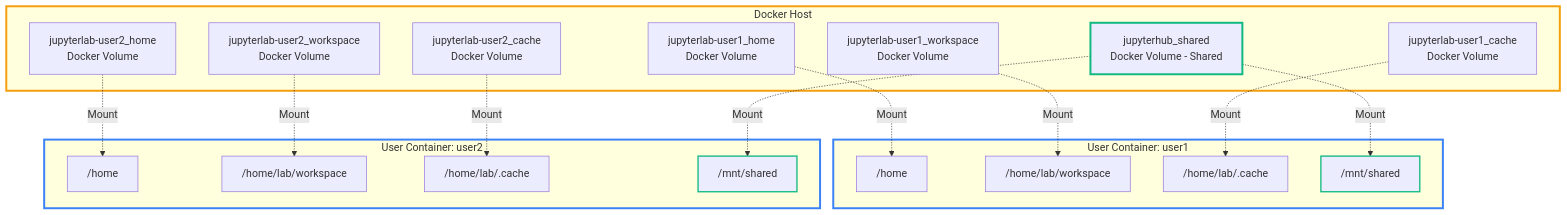
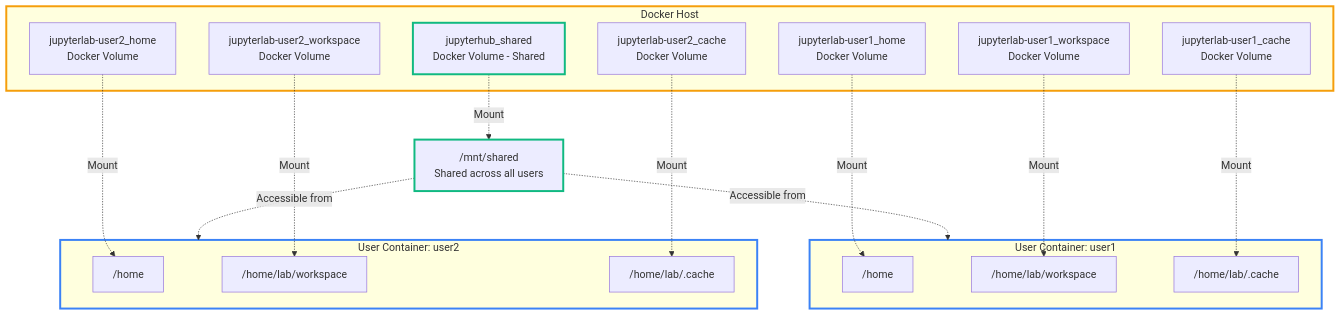
One commit to stellarshenson/stellars-jupyterhub-ds changed the fifth of 5 diagrams in README.md. Above: the diagram before and after it, drawn with Mermaid.

Commit message:
fix: represent /mnt/shared as single shared resource across containers

````diff
--- a/README.md
+++ b/README.md
@@ -213,46 +213,46 @@
 ```mermaid
 graph TB
     subgraph HOST["Docker Host"]
         VOLHOME1["jupyterlab-user1_home<br/>Docker Volume"]
         VOLWORK1["jupyterlab-user1_workspace<br/>Docker Volume"]
         VOLCACHE1["jupyterlab-user1_cache<br/>Docker Volume"]
 
         VOLHOME2["jupyterlab-user2_home<br/>Docker Volume"]
         VOLWORK2["jupyterlab-user2_workspace<br/>Docker Volume"]
         VOLCACHE2["jupyterlab-user2_cache<br/>Docker Volume"]
 
         VOLSHARED["jupyterhub_shared<br/>Docker Volume - Shared"]
     end
 
     subgraph CONTAINER1["User Container: user1"]
         M1HOME["/home"]
         M1WORK["/home/lab/workspace"]
         M1CACHE["/home/lab/.cache"]
-        M1SHARED["/mnt/shared"]
     end
 
     subgraph CONTAINER2["User Container: user2"]
         M2HOME["/home"]
         M2WORK["/home/lab/workspace"]
         M2CACHE["/home/lab/.cache"]
-        M2SHARED["/mnt/shared"]
     end
+
+    MSHARED["/mnt/shared<br/>Shared across all users"]
 
     VOLHOME1 -.->|Mount| M1HOME
     VOLWORK1 -.->|Mount| M1WORK
     VOLCACHE1 -.->|Mount| M1CACHE
 
     VOLHOME2 -.->|Mount| M2HOME
     VOLWORK2 -.->|Mount| M2WORK
     VOLCACHE2 -.->|Mount| M2CACHE
 
-    VOLSHARED -.->|Mount| M1SHARED
-    VOLSHARED -.->|Mount| M2SHARED
+    VOLSHARED -.->|Mount| MSHARED
+    MSHARED -.->|Accessible from| CONTAINER1
+    MSHARED -.->|Accessible from| CONTAINER2
 
     style HOST stroke:#f59e0b,stroke-width:3px
     style CONTAINER1 stroke:#3b82f6,stroke-width:3px
     style CONTAINER2 stroke:#3b82f6,stroke-width:3px
     style VOLSHARED stroke:#10b981,stroke-width:3px
-    style M1SHARED stroke:#10b981,stroke-width:2px
-    style M2SHARED stroke:#10b981,stroke-width:2px
+    style MSHARED stroke:#10b981,stroke-width:3px
 ```
````
